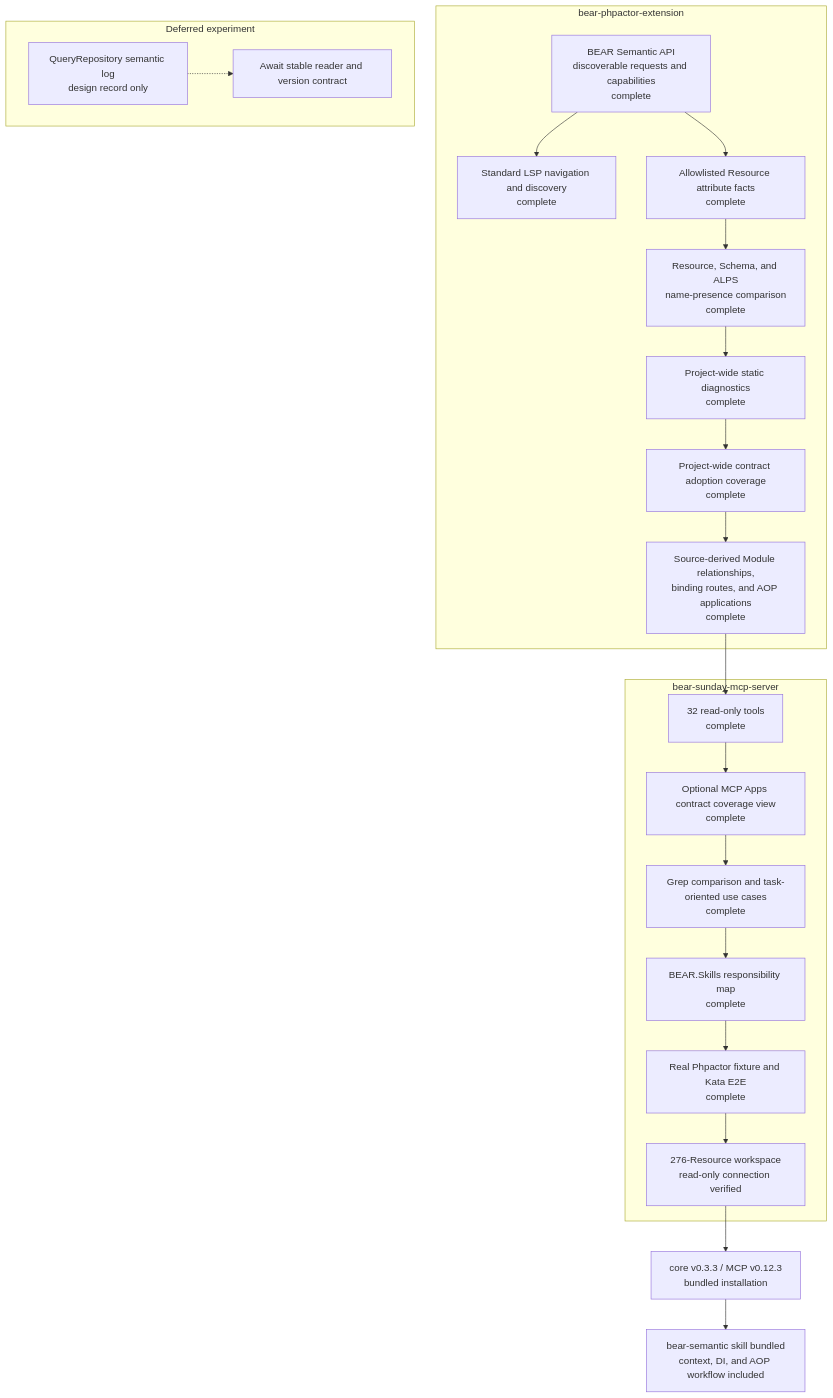
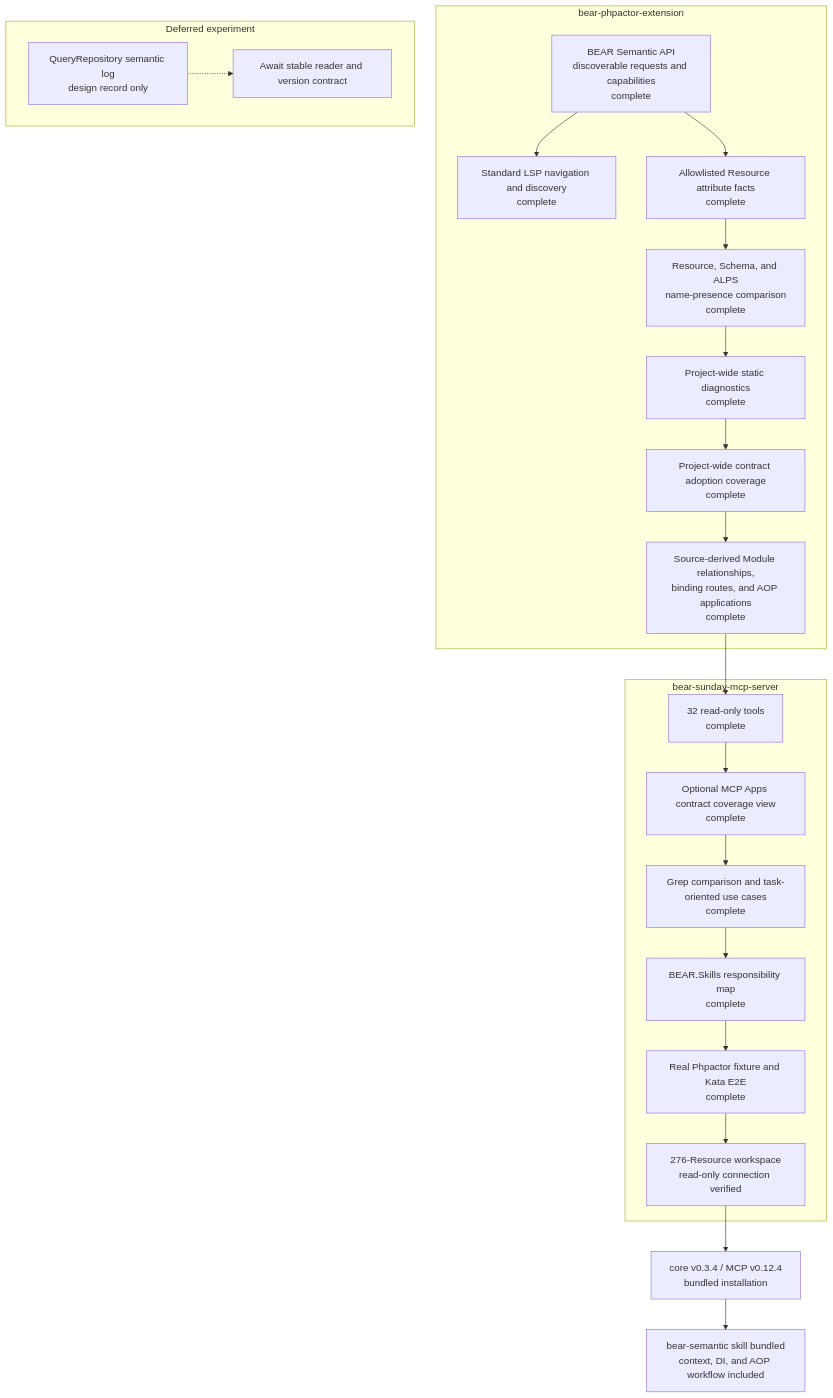
Before and after one commit to suzumaze/bear-sunday-mcp-server: the diagram in docs/project-status.md, drawn with Mermaid. The commit also changed other lines of this file and 8 other files, not shown here.

````diff
--- a/docs/project-status.md
+++ b/docs/project-status.md
@@ -9,35 +9,35 @@
 ```mermaid
 flowchart TB
     subgraph Core["bear-phpactor-extension"]
         C1["BEAR Semantic API<br/>discoverable requests and capabilities<br/>complete"]
         C2["Standard LSP navigation and discovery<br/>complete"]
         C3["Allowlisted Resource attribute facts<br/>complete"]
         C4["Resource, Schema, and ALPS<br/>name-presence comparison<br/>complete"]
         C5["Project-wide static diagnostics<br/>complete"]
         C6["Project-wide contract adoption coverage<br/>complete"]
         C7["Source-derived Module relationships,<br/>binding routes, and AOP applications<br/>complete"]
         C1 --> C2
         C1 --> C3 --> C4 --> C5 --> C6 --> C7
     end
 
     subgraph MCP["bear-sunday-mcp-server"]
         M1["32 read-only tools<br/>complete"]
         M0["Optional MCP Apps contract coverage view<br/>complete"]
         M2["Grep comparison and task-oriented use cases<br/>complete"]
         M3["BEAR.Skills responsibility map<br/>complete"]
         M4["Real Phpactor fixture and Kata E2E<br/>complete"]
         M5["276-Resource workspace<br/>read-only connection verified"]
         M1 --> M0 --> M2 --> M3 --> M4 --> M5
     end
 
     C7 --> M1
 
     subgraph Deferred["Deferred experiment"]
         D1["QueryRepository semantic log<br/>design record only"]
         D2["Await stable reader and version contract"]
         D1 -.-> D2
     end
 
-    M5 --> R1["core v0.3.3 / MCP v0.12.3<br/>bundled installation"]
+    M5 --> R1["core v0.3.4 / MCP v0.12.4<br/>bundled installation"]
     R1 --> S1["bear-semantic skill bundled<br/>context, DI, and AOP workflow included"]
 ```
````
